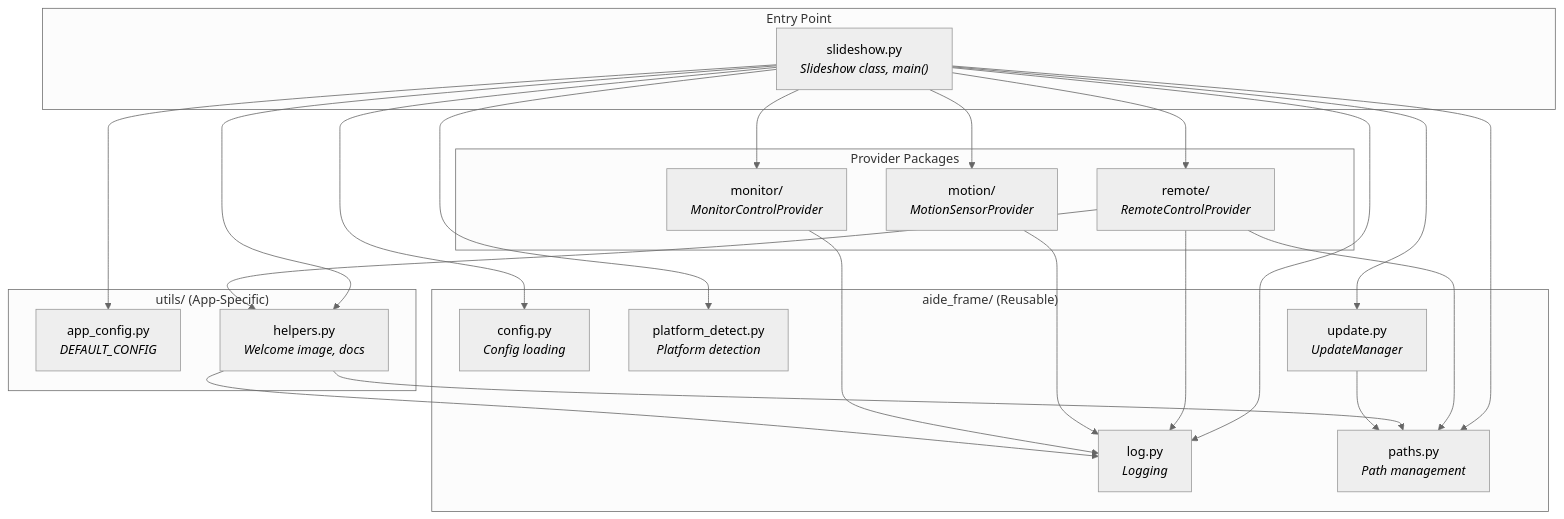
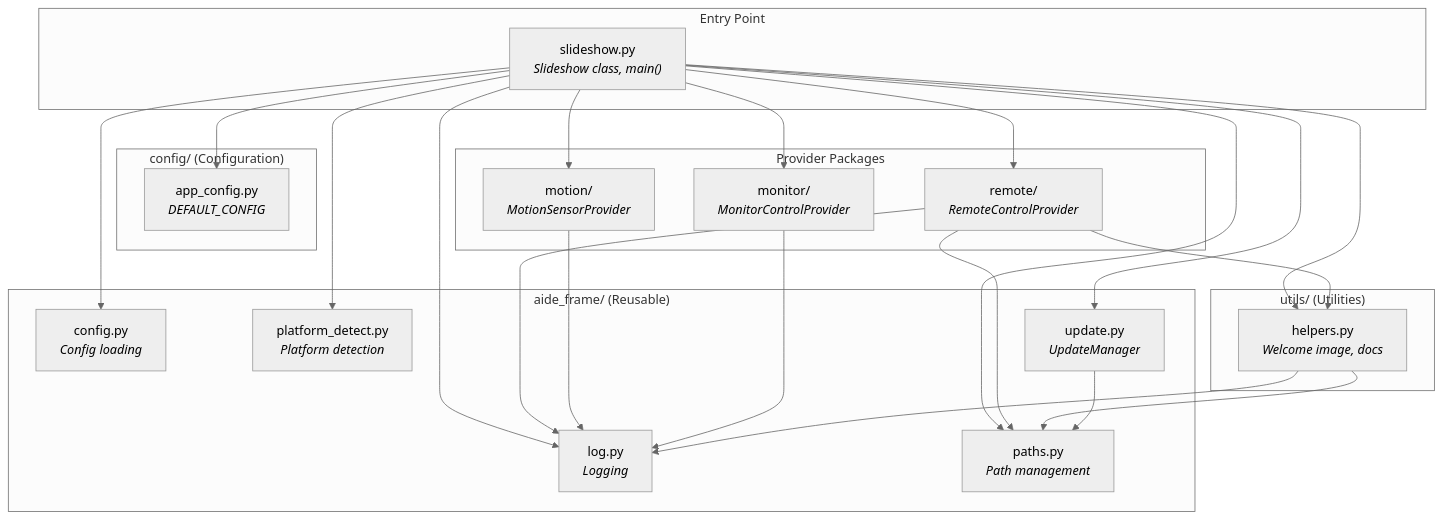
One commit to aide-examples/aide-slideshow changed the diagram in app/docs/implementation/index.md. Above: the diagram before and after it, drawn with Mermaid (neutral theme). The commit also changed other lines of this file and 18 other files, not shown here.

````diff
--- a/app/docs/implementation/index.md
+++ b/app/docs/implementation/index.md
@@ -38,51 +41,54 @@
 ```mermaid
 flowchart TB
     subgraph Framework["aide_frame/ (Reusable)"]
         log["log.py<br/><i>Logging</i>"]
         paths["paths.py<br/><i>Path management</i>"]
         config["config.py<br/><i>Config loading</i>"]
         platform["platform_detect.py<br/><i>Platform detection</i>"]
         update["update.py<br/><i>UpdateManager</i>"]
     end
 
-    subgraph AppUtils["utils/ (App-Specific)"]
+    subgraph AppConfig["config/ (Configuration)"]
         app_config["app_config.py<br/><i>DEFAULT_CONFIG</i>"]
+    end
+
+    subgraph AppUtils["utils/ (Utilities)"]
         helpers["helpers.py<br/><i>Welcome image, docs</i>"]
     end
 
     subgraph Providers["Provider Packages"]
         monitor["monitor/<br/><i>MonitorControlProvider</i>"]
         motion["motion/<br/><i>MotionSensorProvider</i>"]
         remote["remote/<br/><i>RemoteControlProvider</i>"]
     end
 
     subgraph Main["Entry Point"]
         slideshow["slideshow.py<br/><i>Slideshow class, main()</i>"]
     end
 
     %% Framework internal
     update --> paths
 
     %% App utils depend on framework
     helpers --> log
     helpers --> paths
 
     %% Providers depend on framework
     monitor --> log
     motion --> log
     remote --> log
     remote --> paths
     remote --> helpers
 
     %% Main imports everything
     slideshow --> log
     slideshow --> paths
     slideshow --> config
     slideshow --> platform
     slideshow --> update
     slideshow --> app_config
     slideshow --> helpers
     slideshow --> monitor
     slideshow --> motion
     slideshow --> remote
 ```
````
